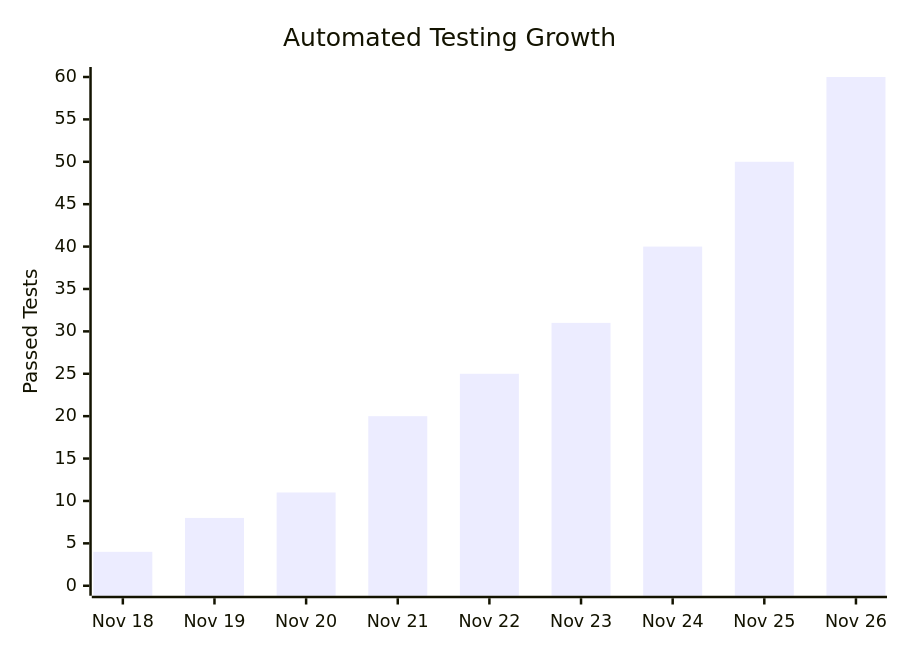
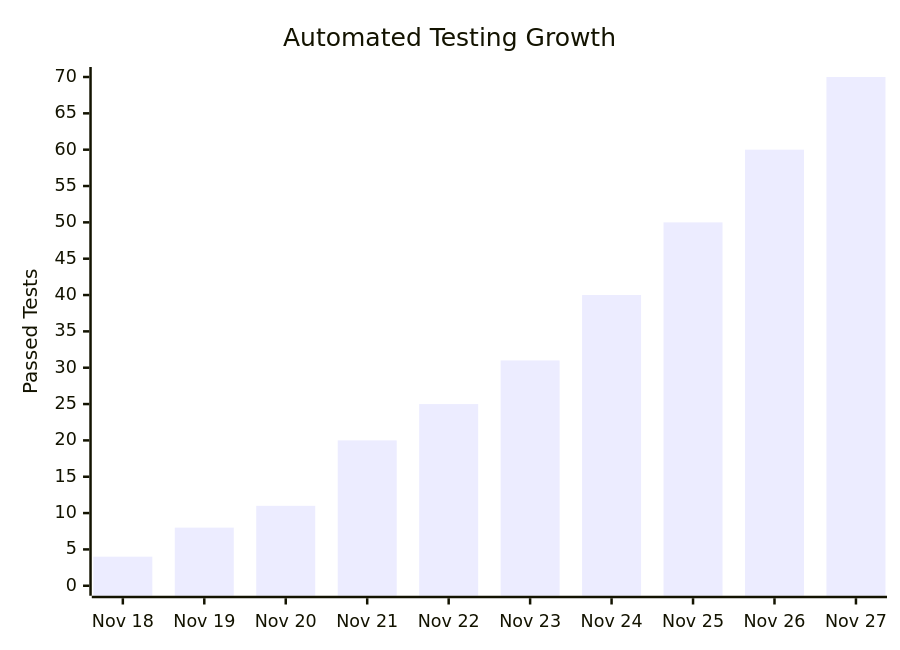
Before and after one commit to Moulya-k-m/MeshWeaver: the third of 3 diagrams in README.md, drawn with Mermaid. The commit also changed other lines of this file and 5 other files, not shown here.

````diff
--- a/README.md
+++ b/README.md
@@ -845,7 +953,7 @@
 ```mermaid
 xychart-beta
     title "Automated Testing Growth"
-    x-axis ["Nov 18", "Nov 19", "Nov 20", "Nov 21", "Nov 22", "Nov 23", "Nov 24", "Nov 25", "Nov 26"]
-    y-axis "Passed Tests" 0 --> 60
-    bar [4, 8, 11, 20, 25, 31, 40, 50, 60]
+    x-axis ["Nov 18", "Nov 19", "Nov 20", "Nov 21", "Nov 22", "Nov 23", "Nov 24", "Nov 25", "Nov 26", "Nov 27"]
+    y-axis "Passed Tests" 0 --> 70
+    bar [4, 8, 11, 20, 25, 31, 40, 50, 60, 70]
 ```
````
